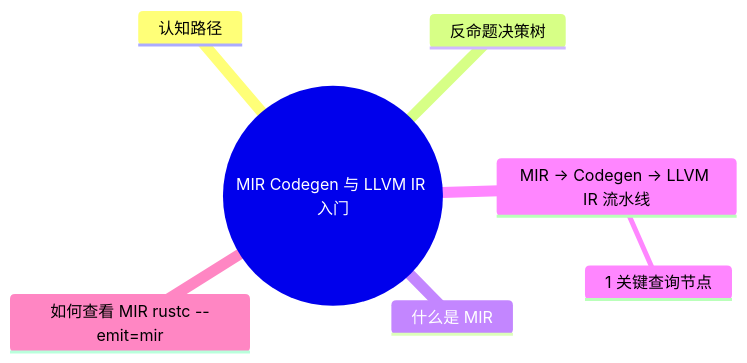
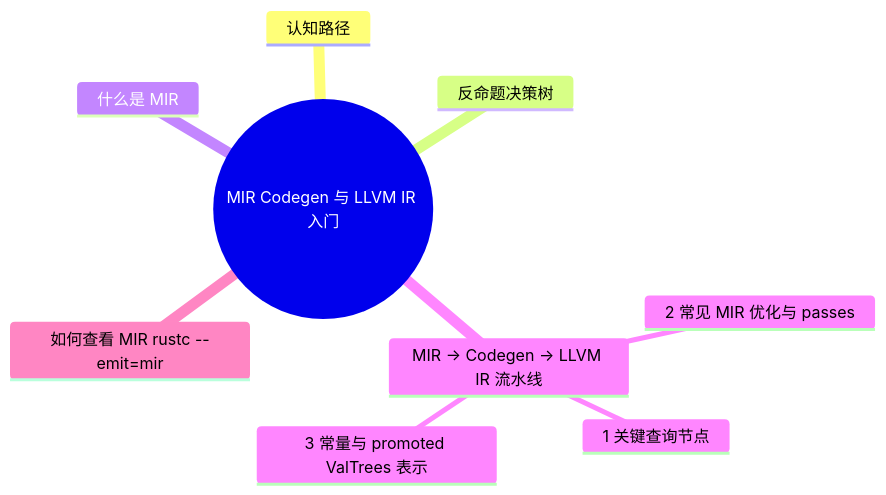
One commit to martin-ly/rust-lang changed the second of 2 diagrams in concept/04_formal/05_rustc_internals/02_mir_codegen_llvm_primer.md. Above: the diagram before and after it, drawn with Mermaid. The commit also changed other lines of this file and 19 other files, not shown here.

````diff
--- a/concept/04_formal/05_rustc_internals/02_mir_codegen_llvm_primer.md
+++ b/concept/04_formal/05_rustc_internals/02_mir_codegen_llvm_primer.md
@@ -425,10 +469,12 @@
 ```mermaid
 mindmap
   root((MIR Codegen 与 LLVM IR 入门))
     认知路径
     反命题决策树
     什么是 MIR
     MIR → Codegen → LLVM IR 流水线
       1 关键查询节点
+      2 常见 MIR 优化与 passes
+      3 常量与 promoted ValTrees 表示
     如何查看 MIR rustc --emit=mir
 ```
````
